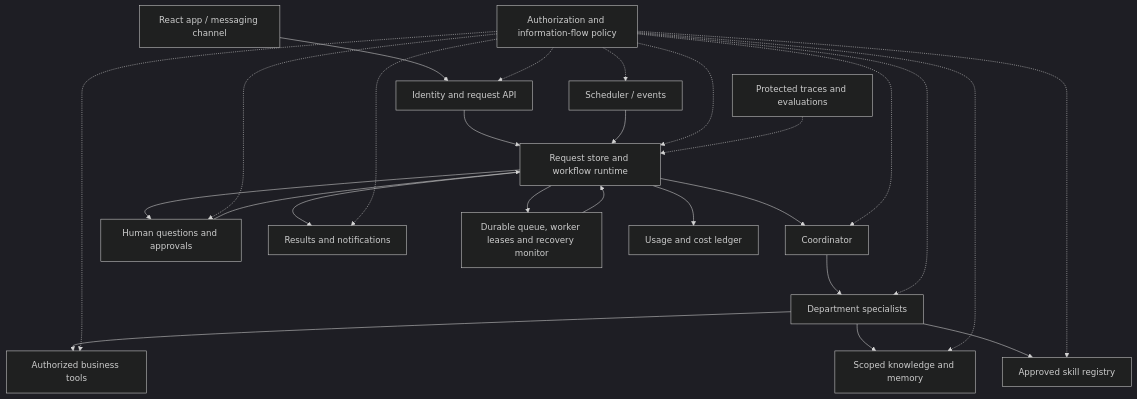
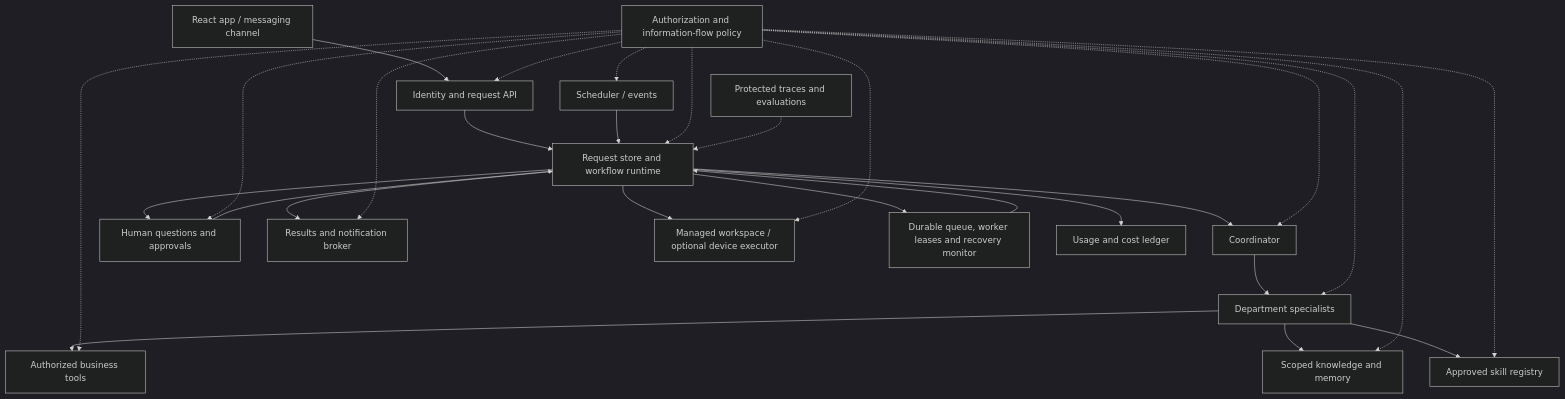
Before and after one commit to zAcherttp/se373-bizops: the first of 3 diagrams in docs/ARCHITECTURE.md, drawn with Mermaid (dark theme). The commit also changed other lines of this file and 4 other files, not shown here.

Commit message:
Plan persistent workspaces device recovery and blocker notifications

````diff
--- a/docs/ARCHITECTURE.md
+++ b/docs/ARCHITECTURE.md
@@ -49,28 +50,30 @@
 ```mermaid
 flowchart TD
     A[React app / messaging channel] --> B[Identity and request API]
     B --> C[Request store and workflow runtime]
     C --> D[Coordinator]
     D --> E[Department specialists]
     E --> F[Authorized business tools]
     E --> G[Scoped knowledge and memory]
     E --> H[Approved skill registry]
     C --> I[Human questions and approvals]
     I --> C
     J[Scheduler / events] --> C
-    C --> K[Results and notifications]
+    C --> K[Results and notification broker]
+    C --> X[Managed workspace / optional device executor]
     C --> W[Durable queue, worker leases and recovery monitor]
     W --> C
     C --> V[Usage and cost ledger]
     L[Authorization and information-flow policy] -.-> B
     L -.-> C
     L -.-> D
     L -.-> E
     L -.-> F
     L -.-> G
     L -.-> H
     L -.-> I
     L -.-> J
     L -.-> K
+    L -.-> X
     M[Protected traces and evaluations] -.-> C
 ```
````
